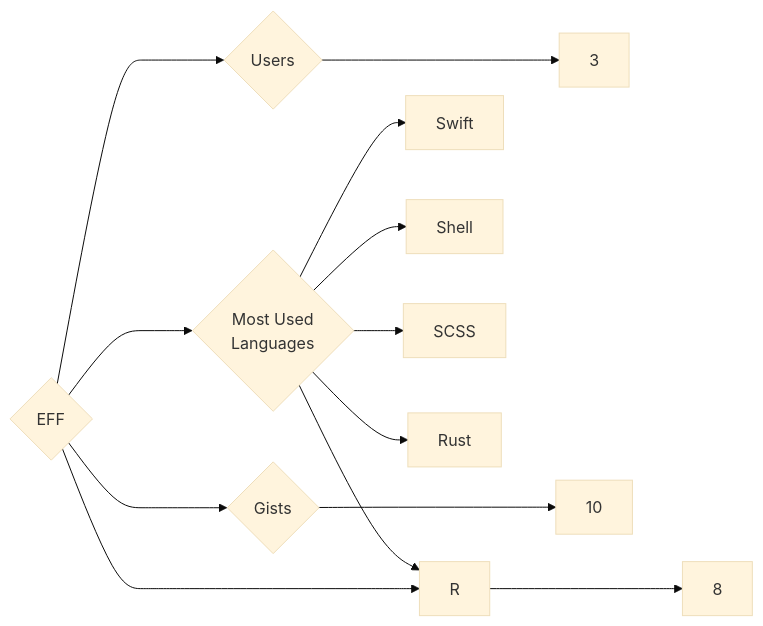
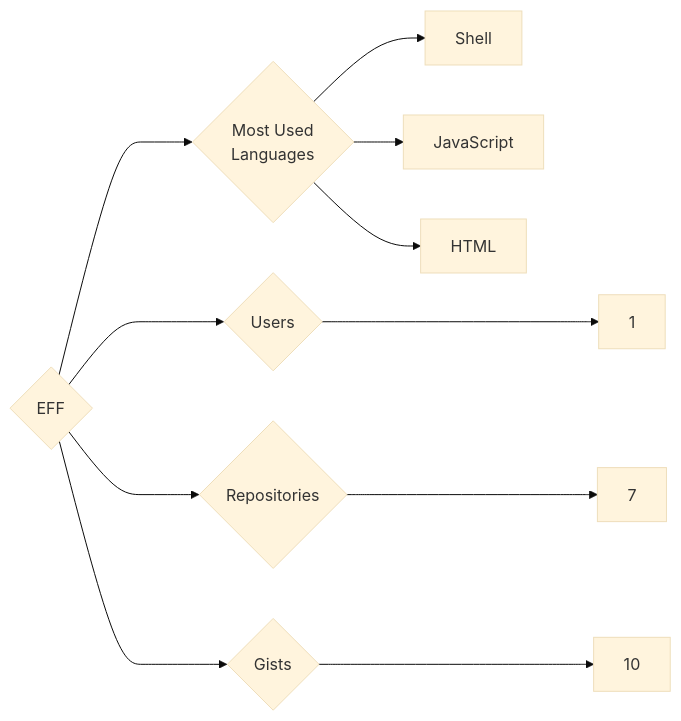
One commit to trickest/insiders changed the diagram in targets/EFF/README.md. Above: the diagram before and after it, drawn with Mermaid (base theme). The commit also changed 1036 other files, not shown here.

````diff
--- a/targets/EFF/README.md
+++ b/targets/EFF/README.md
@@ -3,13 +3,11 @@
 ```mermaid
 graph LR
 COMPANY_NAME{EFF}
-COMPANY_NAME ---> U{Users} ---> UN[3]
-COMPANY_NAME ---> R{Repositories} ---> RN[8]
+COMPANY_NAME ---> U{Users} ---> UN[1]
+COMPANY_NAME ---> R{Repositories} ---> RN[7]
 COMPANY_NAME ---> G{Gists} ---> GN[10]
 COMPANY_NAME ---> ML{Most Used<br>Languages}
-ML --> Swift[Swift]
 ML --> Shell[Shell]
-ML --> SCSS[SCSS]
-ML --> Rust[Rust]
-ML --> R[R]
+ML --> JavaScript[JavaScript]
+ML --> HTML[HTML]
 ```
````
